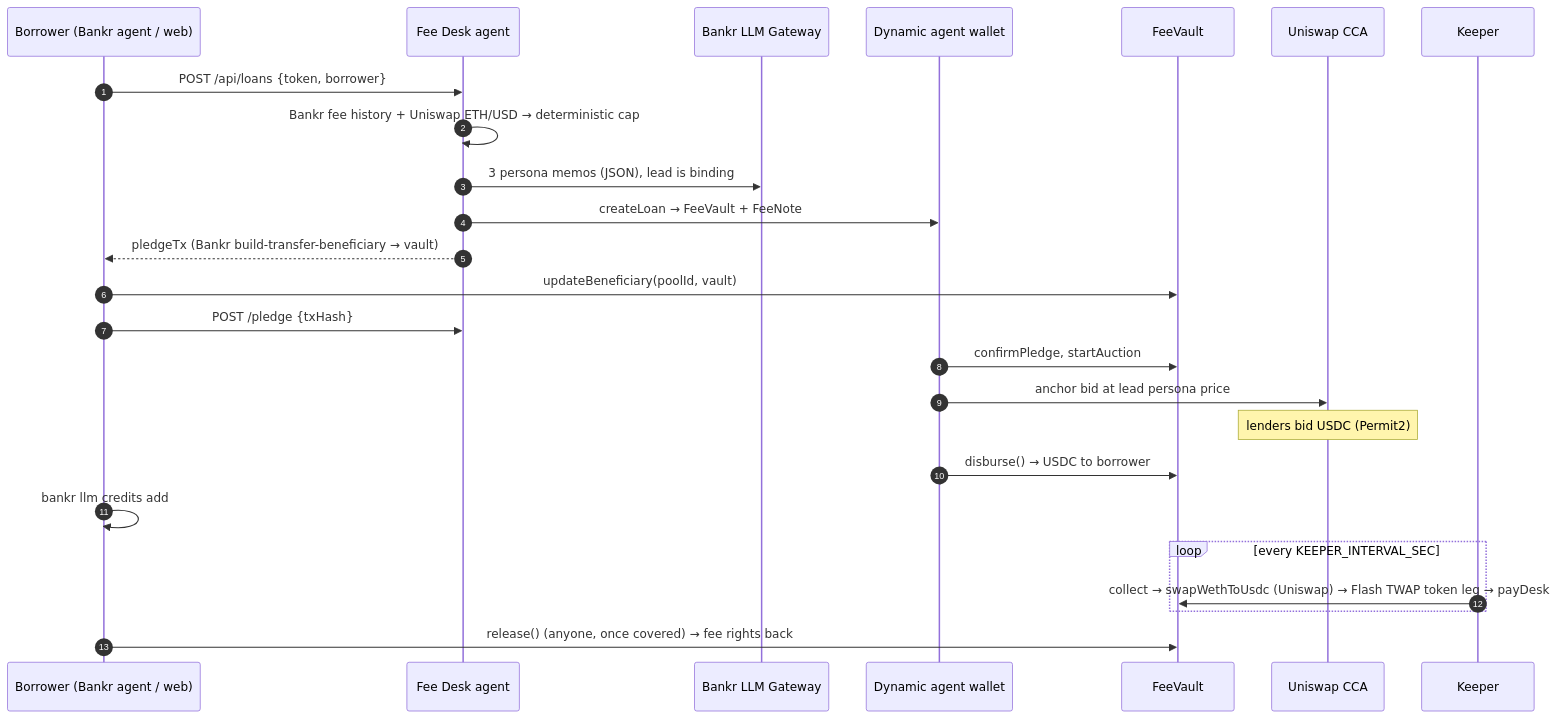
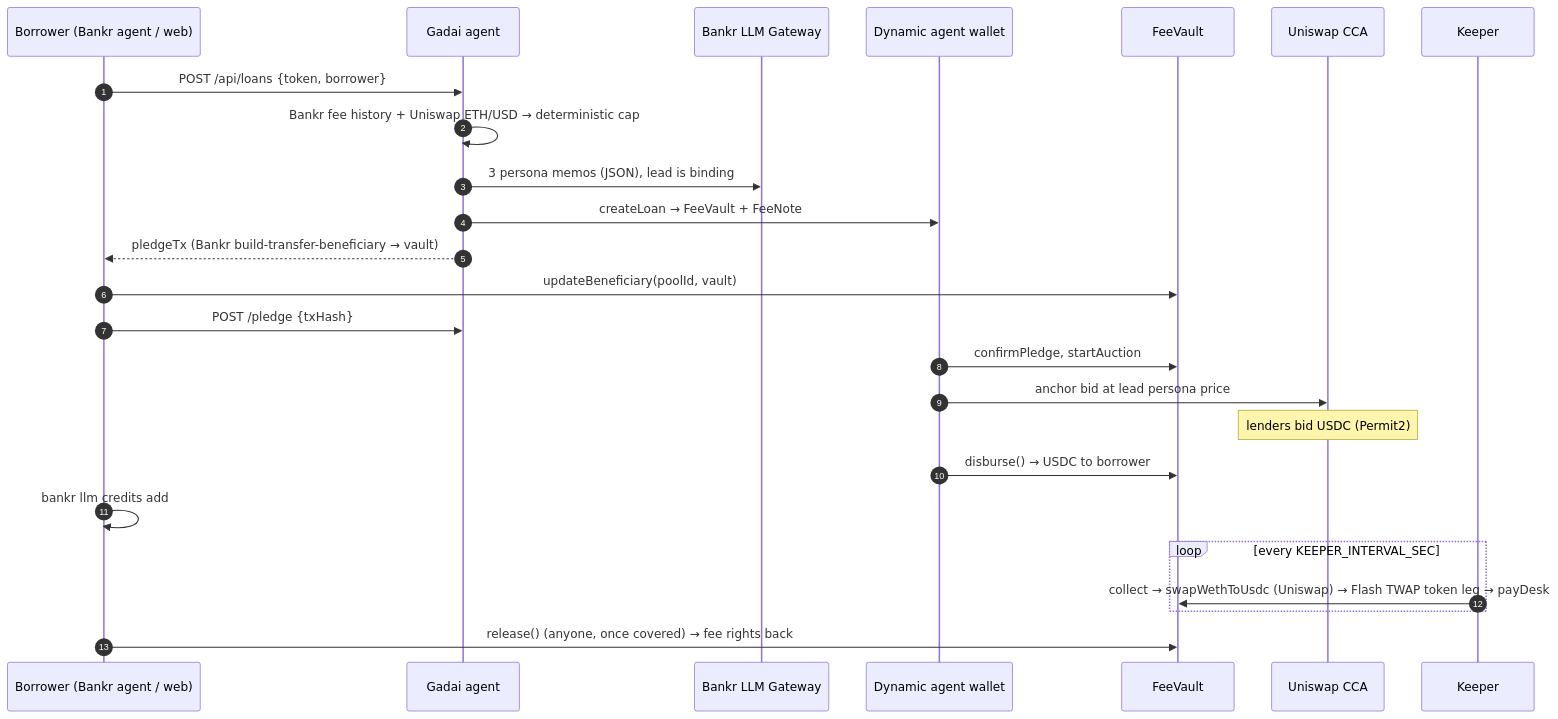
Before and after one commit to PugarHuda/gadai: the second of 2 diagrams in README.md, drawn with Mermaid. The commit also changed other lines of this file and 32 other files, not shown here.

````diff
--- a/README.md
+++ b/README.md
@@ -62,27 +62,27 @@
 ```mermaid
 sequenceDiagram
   autonumber
   participant B as Borrower (Bankr agent / web)
-  participant D as Fee Desk agent
+  participant D as Gadai agent
   participant L as Bankr LLM Gateway
   participant W as Dynamic agent wallet
   participant V as FeeVault
   participant A as Uniswap CCA
   participant K as Keeper
   B->>D: POST /api/loans {token, borrower}
   D->>D: Bankr fee history + Uniswap ETH/USD → deterministic cap
   D->>L: 3 persona memos (JSON), lead is binding
   D->>W: createLoan → FeeVault + FeeNote
   D-->>B: pledgeTx (Bankr build-transfer-beneficiary → vault)
   B->>V: updateBeneficiary(poolId, vault)
   B->>D: POST /pledge {txHash}
   W->>V: confirmPledge, startAuction
   W->>A: anchor bid at lead persona price
   Note over A: lenders bid USDC (Permit2)
   W->>V: disburse() → USDC to borrower
   B->>B: bankr llm credits add
   loop every KEEPER_INTERVAL_SEC
     K->>V: collect → swapWethToUsdc (Uniswap) → Flash TWAP token leg → payDesk
   end
   B->>V: release() (anyone, once covered) → fee rights back
 ```
````
